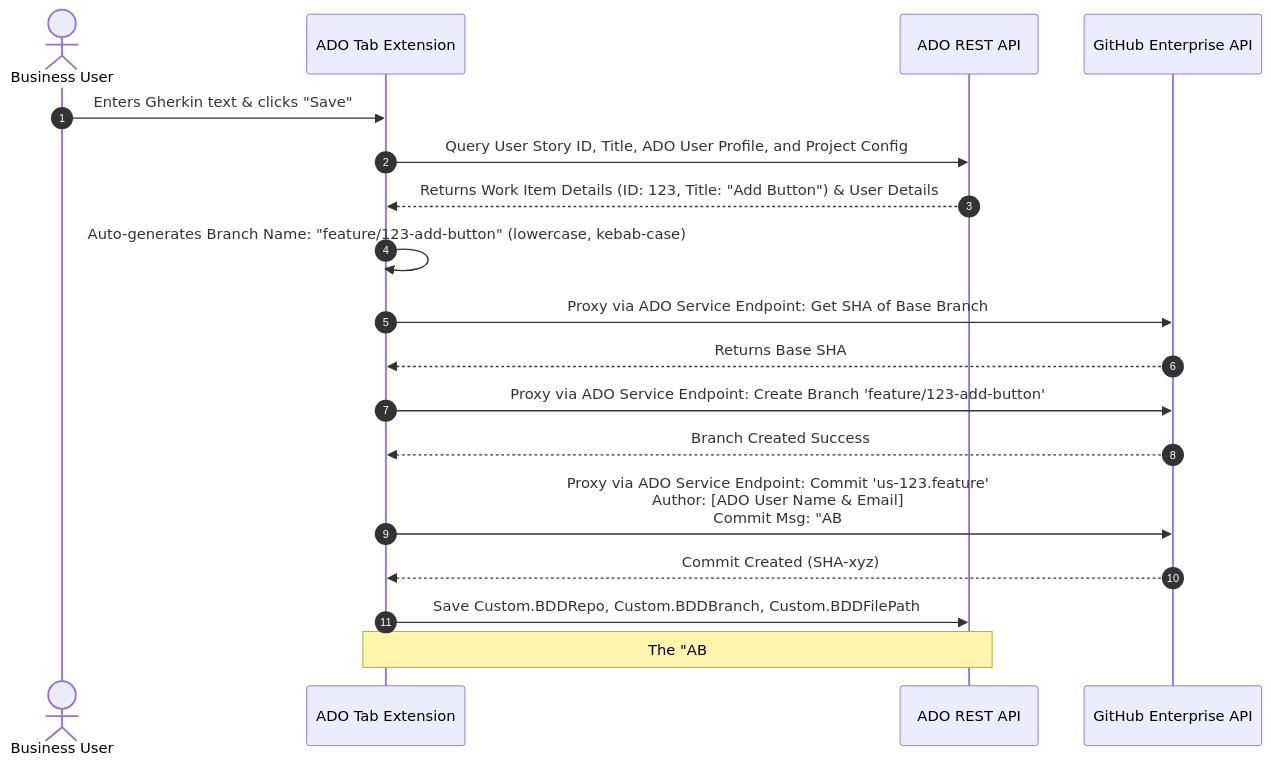
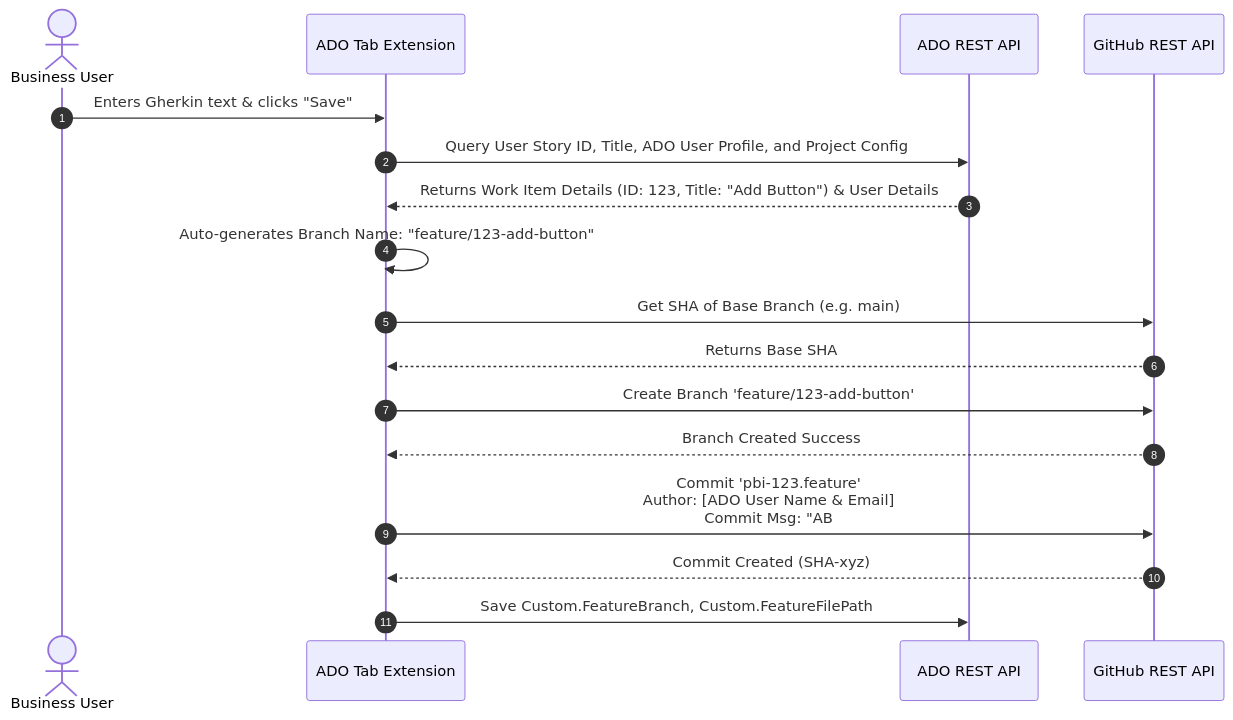
One commit to hari-repos/BDD-ADO-Github-Integration changed the second of 2 diagrams in solution_architecture.md. Above: the diagram before and after it, drawn with Mermaid. The commit also changed other lines of this file and 5 other files, not shown here.

Commit message:
feat: implement GitHub integration module and add onboarding documentation

````diff
--- a/solution_architecture.md
+++ b/solution_architecture.md
@@ -70,21 +69,20 @@
 ```mermaid
 sequenceDiagram
     autonumber
     actor User as Business User
     participant Ext as ADO Tab Extension
     participant ADO as ADO REST API
-    participant GH as GitHub Enterprise API
+    participant GH as GitHub REST API
 
     User->>Ext: Enters Gherkin text & clicks "Save"
     Ext->>ADO: Query User Story ID, Title, ADO User Profile, and Project Config
     ADO-->>Ext: Returns Work Item Details (ID: 123, Title: "Add Button") & User Details
-    Ext->>Ext: Auto-generates Branch Name: "feature/123-add-button" (lowercase, kebab-case)
-    Ext->>GH: Proxy via ADO Service Endpoint: Get SHA of Base Branch
+    Ext->>Ext: Auto-generates Branch Name: "feature/123-add-button"
+    Ext->>GH: Get SHA of Base Branch (e.g. main)
     GH-->>Ext: Returns Base SHA
-    Ext->>GH: Proxy via ADO Service Endpoint: Create Branch 'feature/123-add-button'
+    Ext->>GH: Create Branch 'feature/123-add-button'
     GH-->>Ext: Branch Created Success
-    Ext->>GH: Proxy via ADO Service Endpoint: Commit 'us-123.feature'<br/>Author: [ADO User Name & Email]<br/>Commit Msg: "AB#123: Add BDD scenario for add button"
+    Ext->>GH: Commit 'pbi-123.feature'<br/>Author: [ADO User Name & Email]<br/>Commit Msg: "AB#123: Update BDD scenario"
     GH-->>Ext: Commit Created (SHA-xyz)
-    Ext->>ADO: Save Custom.BDDRepo, Custom.BDDBranch, Custom.BDDFilePath
-    Note over Ext, ADO: The "AB#102" in the commit message automatically<br/>links the commit and branch to the ADO User Story.
+    Ext->>ADO: Save Custom.FeatureBranch, Custom.FeatureFilePath
 ```
````
